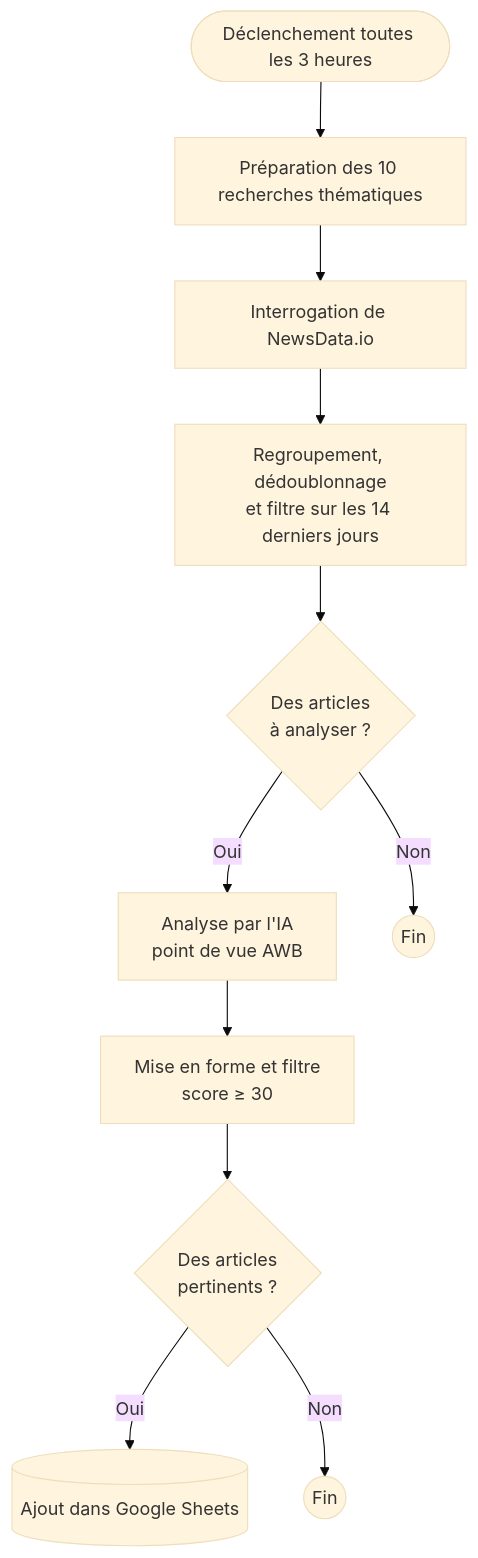
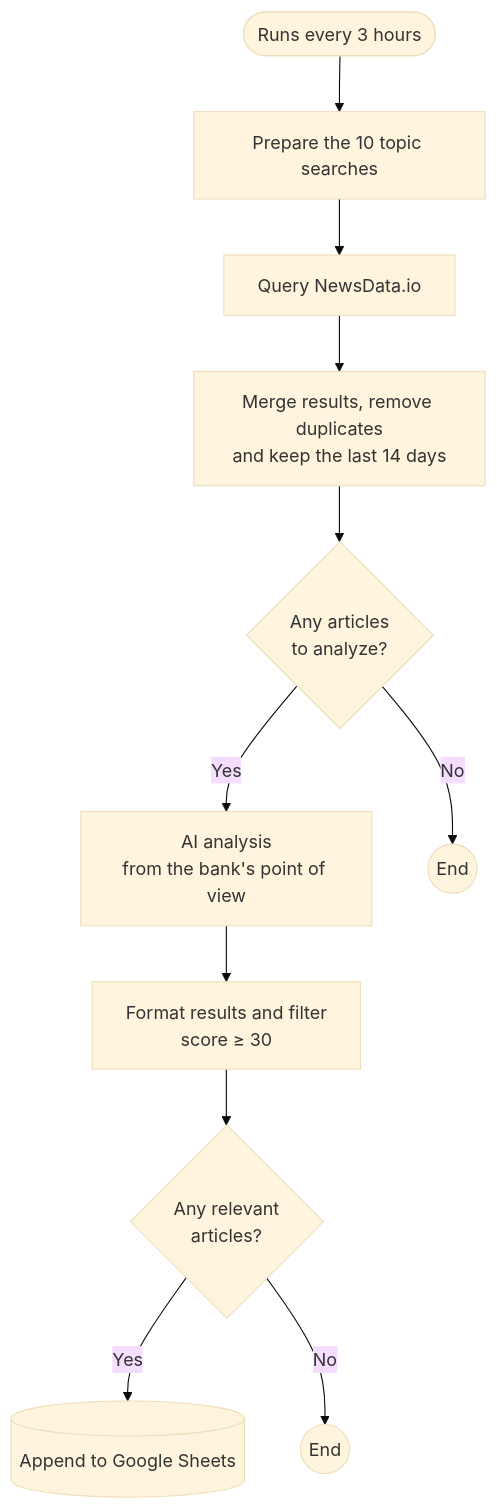
The second of 3 diagrams in README.md (soumailaniampa11/Payment-watch), drawn with Mermaid (base theme) before and after one commit. The commit also changed other lines of this file, not shown here.

````diff
--- a/README.md
+++ b/README.md
@@ -56,20 +56,20 @@
 ```mermaid
 flowchart TD
-    T(["Déclenchement toutes les 3 heures"])
-    Q["Préparation des 10 recherches thématiques"]
-    N["Interrogation de NewsData.io"]
-    A["Regroupement, dédoublonnage<br/>et filtre sur les 14 derniers jours"]
-    C1{"Des articles<br/>à analyser ?"}
-    G["Analyse par l'IA<br/>point de vue AWB"]
-    P["Mise en forme et filtre<br/>score ≥ 30"]
-    C2{"Des articles<br/>pertinents ?"}
-    S[("Ajout dans Google Sheets")]
-    F1(("Fin"))
-    F2(("Fin"))
+    T(["Runs every 3 hours"])
+    Q["Prepare the 10 topic searches"]
+    N["Query NewsData.io"]
+    A["Merge results, remove duplicates<br/>and keep the last 14 days"]
+    C1{"Any articles<br/>to analyze?"}
+    G["AI analysis<br/>from the bank's point of view"]
+    P["Format results and filter<br/>score ≥ 30"]
+    C2{"Any relevant<br/>articles?"}
+    S[("Append to Google Sheets")]
+    F1(("End"))
+    F2(("End"))
 
     T --> Q --> N --> A --> C1
-    C1 -- Oui --> G --> P --> C2
-    C1 -- Non --> F1
-    C2 -- Oui --> S
-    C2 -- Non --> F2
+    C1 -- Yes --> G --> P --> C2
+    C1 -- No --> F1
+    C2 -- Yes --> S
+    C2 -- No --> F2
 ```
````
